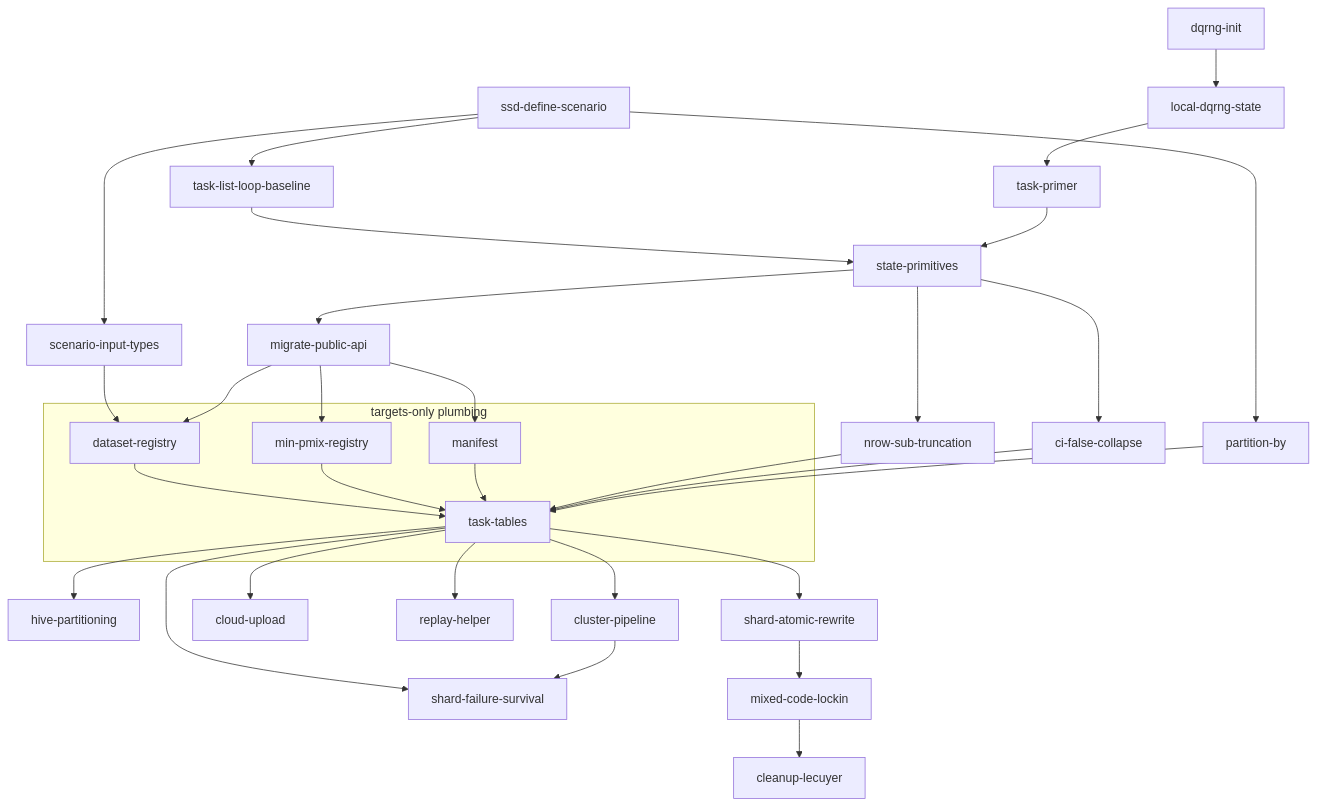
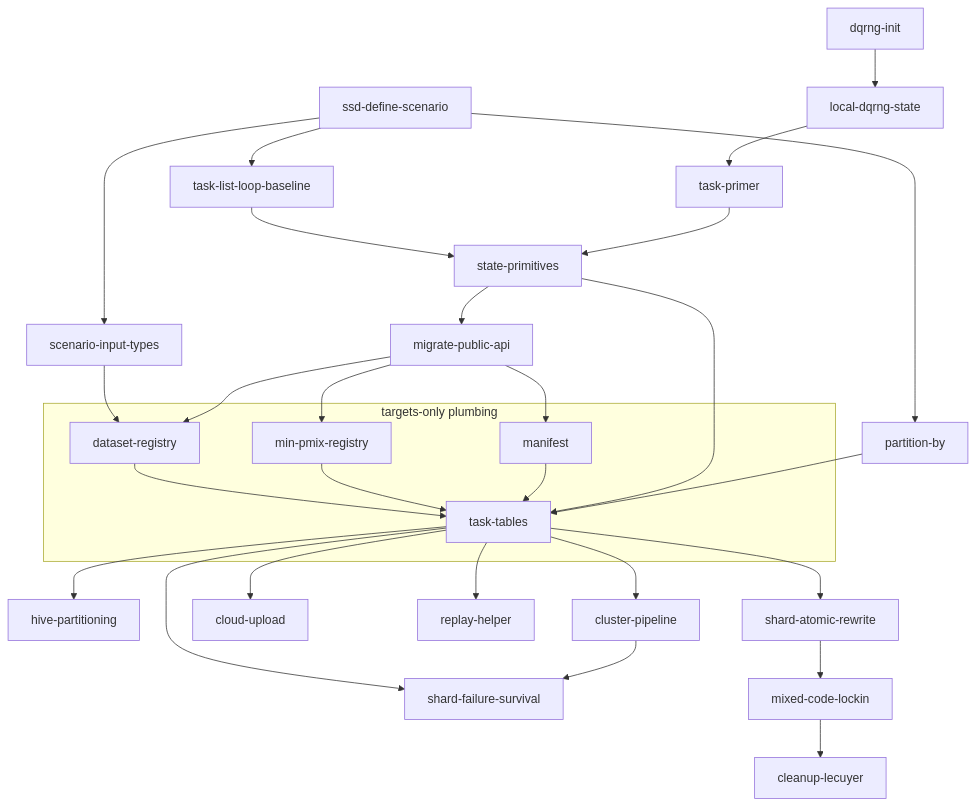
Before and after one commit to poissonconsulting/ssdsims: the diagram in TARGETS-DESIGN.md, drawn with Mermaid. The commit also changed other lines of this file, not shown here.

First line of the commit message:
docs: retire nrow-sub-truncation and ci-false-collapse from the roadmap

````diff
--- a/TARGETS-DESIGN.md
+++ b/TARGETS-DESIGN.md
@@ -1793,64 +1799,59 @@
 ```mermaid
 flowchart TD
     define[ssd-define-scenario]
     inputs[scenario-input-types]
     baseline[task-list-loop-baseline]
     dqinit[dqrng-init]
     dqstate[local-dqrng-state]
     primer[task-primer]
     prims[state-primitives]
     migrate[migrate-public-api]
-    nrow[nrow-sub-truncation]
-    ci[ci-false-collapse]
     partby[partition-by]
 
     subgraph targets [targets-only plumbing]
         dsreg[dataset-registry]
         pmreg[min-pmix-registry]
         manif[manifest]
         tt[task-tables]
         dsreg --> tt
         pmreg --> tt
         manif --> tt
     end
 
     hive[hive-partitioning]
     cluster[cluster-pipeline]
     survive[shard-failure-survival]
     cloud[cloud-upload]
     replay[replay-helper]
     rewrite[shard-atomic-rewrite]
     lockin[mixed-code-lockin]
     cleanup[cleanup-lecuyer]
 
     define --> baseline
     define --> partby
     define --> inputs
     inputs --> dsreg
     dqinit --> dqstate
     dqstate --> primer
     baseline --> prims
     primer --> prims
 
     prims --> migrate
-    prims --> nrow
-    prims --> ci
+    prims --> tt
 
     migrate --> dsreg
     migrate --> pmreg
     migrate --> manif
-    nrow --> tt
-    ci --> tt
     partby --> tt
 
     tt --> hive
     tt --> cluster
     tt --> survive
     tt --> cloud
     tt --> replay
     tt --> rewrite
 
     cluster --> survive
     rewrite --> lockin
     lockin --> cleanup
 ```
````
